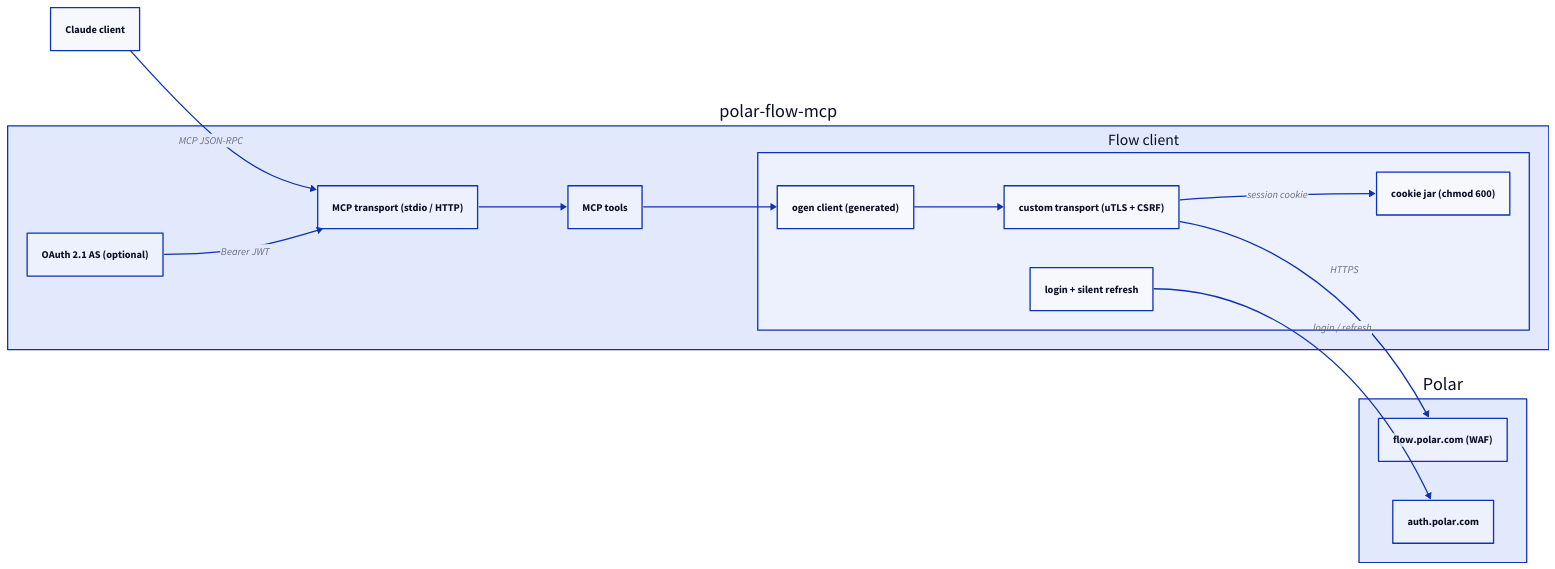
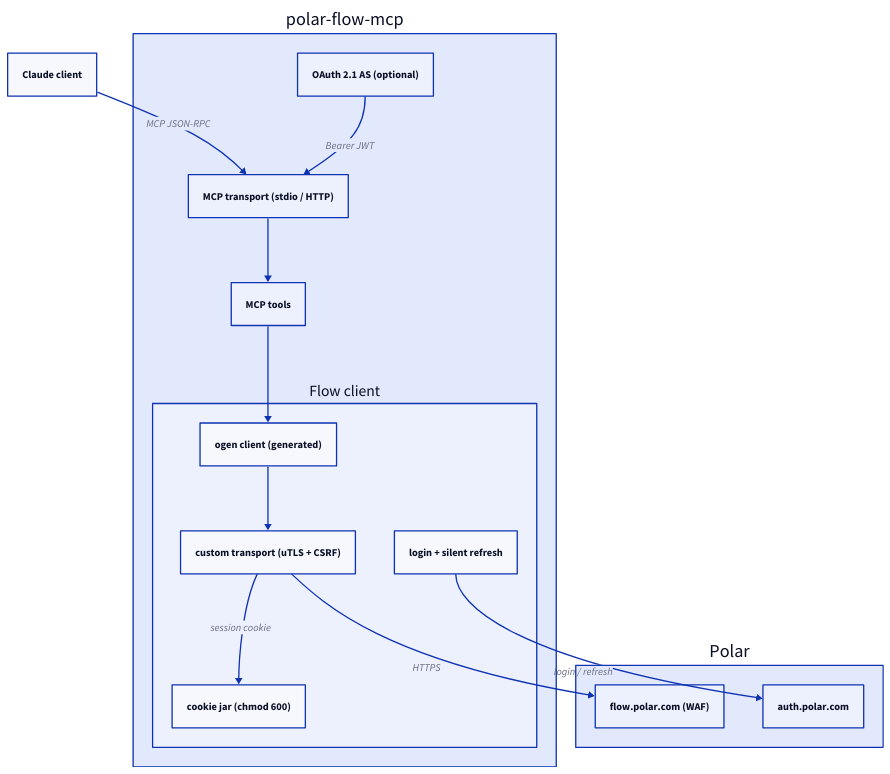
The diagram in docs/src/content/docs/explanation/why-flow-web-api.md (lmgarret/polar-flow-mcp), drawn with D2 before and after one commit. The commit also changed 3 other files, not shown here.

First line of the commit message:
docs: redder accent + icon, vertical architecture diagram

````diff
--- a/docs/src/content/docs/explanation/why-flow-web-api.md
+++ b/docs/src/content/docs/explanation/why-flow-web-api.md
@@ -45,31 +45,31 @@
 ```d2
-direction: right
+direction: down
 
 claude: Claude client
 
 server: polar-flow-mcp {
   transport: MCP transport (stdio / HTTP)
   auth: OAuth 2.1 AS (optional)
   tools: MCP tools
   flow: Flow client {
     ogen: ogen client (generated)
     tr: custom transport (uTLS + CSRF)
     jar: cookie jar (chmod 600)
     login: login + silent refresh
   }
 }
 
 polar: Polar {
   waf: flow.polar.com (WAF)
   authp: auth.polar.com
 }
 
 claude -> server.transport: MCP JSON-RPC
 server.auth -> server.transport: Bearer JWT
 server.transport -> server.tools
 server.tools -> server.flow.ogen
 server.flow.ogen -> server.flow.tr
 server.flow.tr -> server.flow.jar: session cookie
 server.flow.tr -> polar.waf: HTTPS
 server.flow.login -> polar.authp: login / refresh
 ```
````
